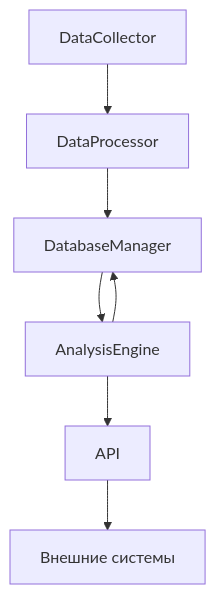
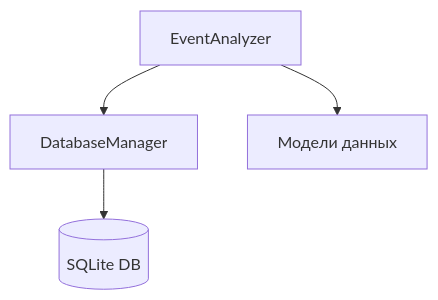
The diagram in architecture.md (ekolvah/Market-Analysis), drawn with Mermaid before and after one commit. The commit also changed other lines of this file and 9 other files, not shown here.

Commit message:
Обновление архитектуры системы анализа: переименован класс DataCollector в EventAnalyzer, добавлены функции анализа событий и их влияния на изменение цены. Обновлены требования и документация, добавлены настройки базы данных в конфигурацию. Обновлен .gitignore для исключения файлов баз данных.

````diff
--- a/architecture.md
+++ b/architecture.md
@@ -45,9 +28,6 @@
 ```mermaid
 graph TD
-    A[DataCollector] --> B[DataProcessor]
-    B --> C[DatabaseManager]
-    C --> D[AnalysisEngine]
-    D --> C
-    D --> E[API]
-    E --> F[Внешние системы]
+    A[EventAnalyzer] --> B[DatabaseManager]
+    B --> C[(SQLite DB)]
+    A --> D[Модели данных]
 ```
````
